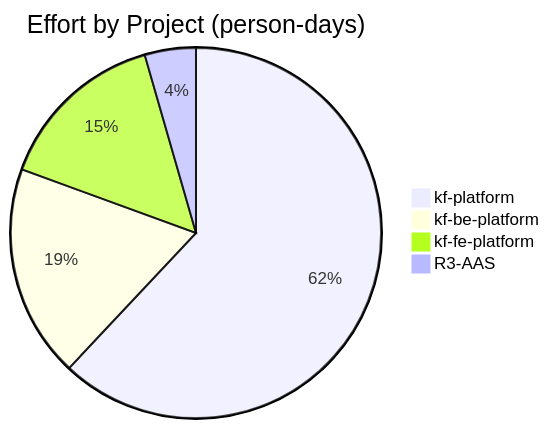
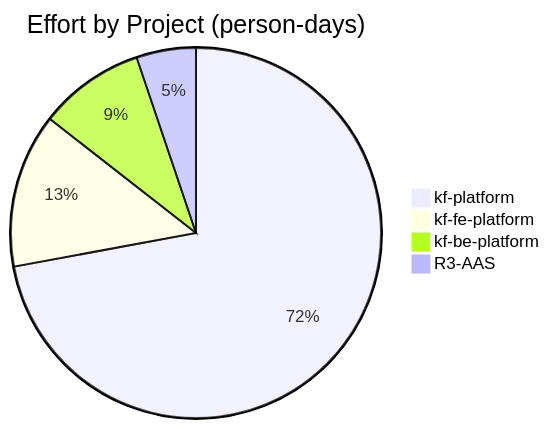
One commit to Katty-Fashion/kf-cpto changed the first of 2 diagrams in docs/unified-calendar.md. Above: the diagram before and after it, drawn with Mermaid. The commit also changed other lines of this file and 12 other files, not shown here.

````diff
--- a/docs/unified-calendar.md
+++ b/docs/unified-calendar.md
@@ -10,7 +10,7 @@
 ```mermaid
 pie title Effort by Project (person-days)
     "kf-platform" : 257.0
-    "kf-be-platform" : 77.0
-    "kf-fe-platform" : 62.0
+    "kf-fe-platform" : 48.0
+    "kf-be-platform" : 33.0
     "R3-AAS" : 18.5
 ```
````
